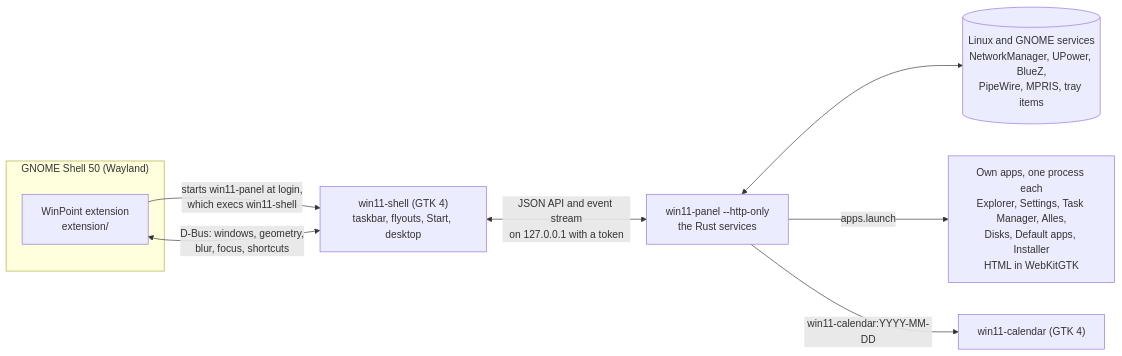
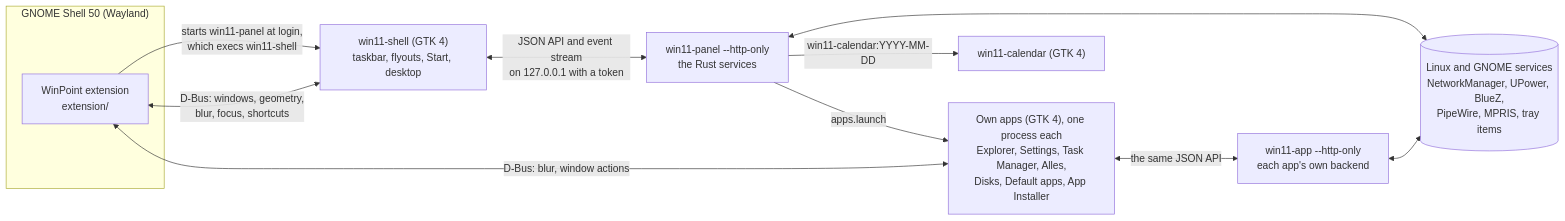
The diagram in README.md (roboburr/WinPoint), drawn with Mermaid before and after one commit. The commit also changed other lines of this file and 850 other files, not shown here.

First line of the commit message:
WinPoint: native GTK 4 only, no WebKit or GTK 3

````diff
--- a/README.md
+++ b/README.md
@@ -85,18 +86,22 @@
 ```mermaid
 flowchart LR
     subgraph gnome["GNOME Shell 50 (Wayland)"]
         ext["WinPoint extension<br/>extension/"]
     end
     shell["win11-shell (GTK 4)<br/>taskbar, flyouts, Start, desktop"]
     backend["win11-panel --http-only<br/>the Rust services"]
     sys[("Linux and GNOME services<br/>NetworkManager, UPower, BlueZ,<br/>PipeWire, MPRIS, tray items")]
-    apps["Own apps, one process each<br/>Explorer, Settings, Task Manager, Alles,<br/>Disks, Default apps, Installer<br/>HTML in WebKitGTK"]
+    apps["Own apps (GTK 4), one process each<br/>Explorer, Settings, Task Manager, Alles,<br/>Disks, Default apps, App Installer"]
+    appbackend["win11-app --http-only<br/>each app's own backend"]
     cal["win11-calendar (GTK 4)"]
 
     ext -->|"starts win11-panel at login,<br/>which execs win11-shell"| shell
     shell <-->|"D-Bus: windows, geometry,<br/>blur, focus, shortcuts"| ext
     shell <-->|"JSON API and event stream<br/>on 127.0.0.1 with a token"| backend
     backend <--> sys
     backend -->|"apps.launch"| apps
+    apps <-->|"the same JSON API"| appbackend
+    appbackend <--> sys
+    apps <-->|"D-Bus: blur, window actions"| ext
     backend -->|"win11-calendar:YYYY-MM-DD"| cal
 ```
````
